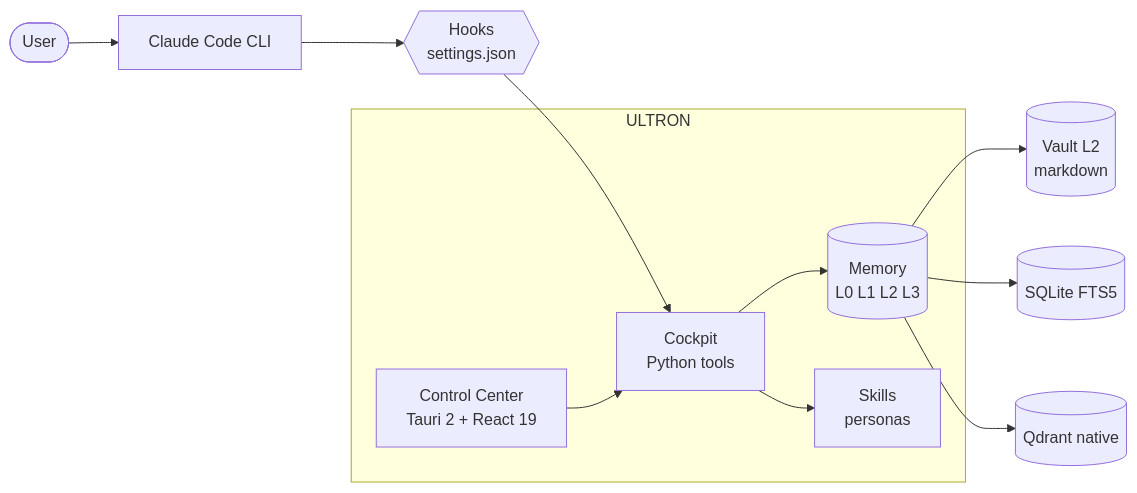
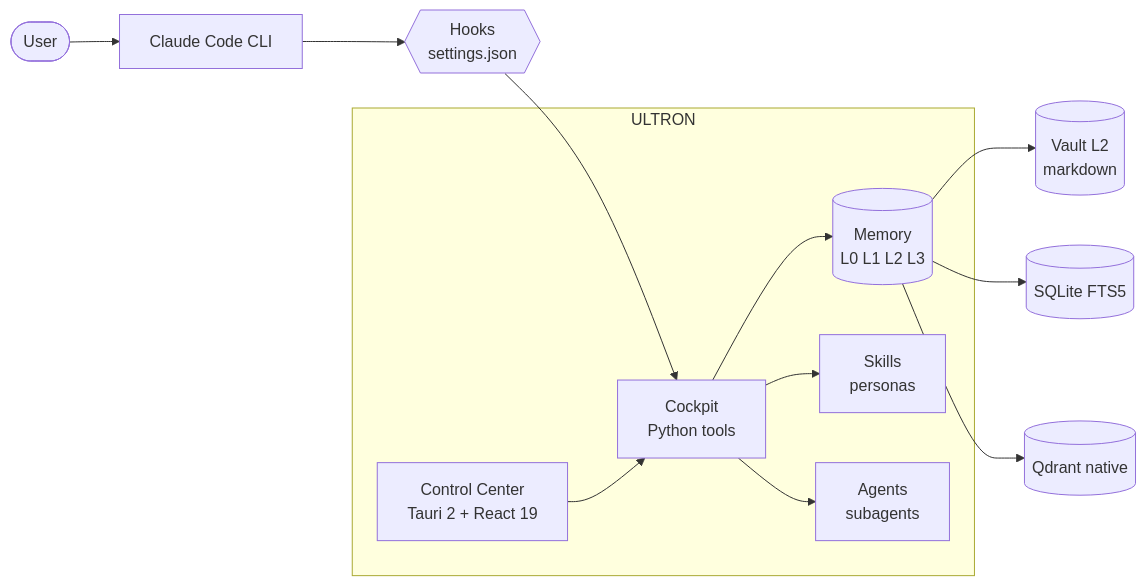
The second of 2 diagrams in README.md (SkiTemplar/ultron-control-center), drawn with Mermaid before and after one commit. The commit also changed other lines of this file and 26 other files, not shown here.

````diff
--- a/README.md
+++ b/README.md
@@ -249,25 +266,27 @@
 ```mermaid
 flowchart LR
     User([User])
     CC[Claude Code CLI]
     Hooks{{Hooks<br/>settings.json}}
     subgraph ULTRON
         Memory[(Memory<br/>L0 L1 L2 L3)]
         Skills[Skills<br/>personas]
+        Agents[Agents<br/>subagents]
         Cockpit[Cockpit<br/>Python tools]
         GUI[Control Center<br/>Tauri 2 + React 19]
     end
     Vault[(Vault L2<br/>markdown)]
     FTS[(SQLite FTS5)]
     Q[(Qdrant native)]
 
     User --> CC
     CC --> Hooks
     Hooks --> Cockpit
     Cockpit --> Memory
     Memory --> Vault
     Memory --> FTS
     Memory --> Q
     Cockpit --> Skills
+    Cockpit --> Agents
     GUI --> Cockpit
 ```
````
